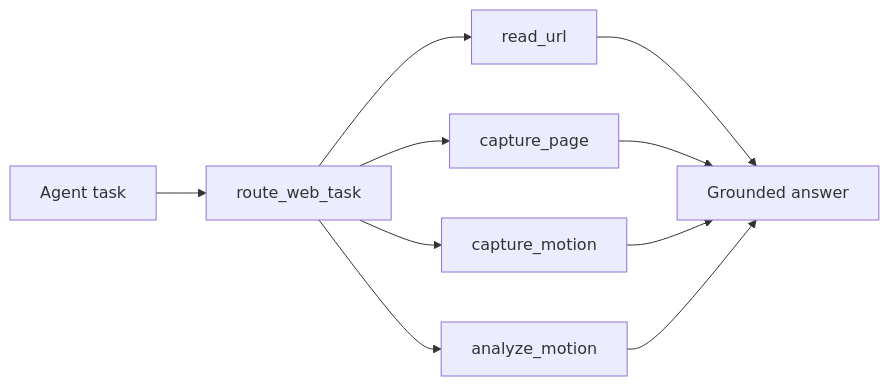
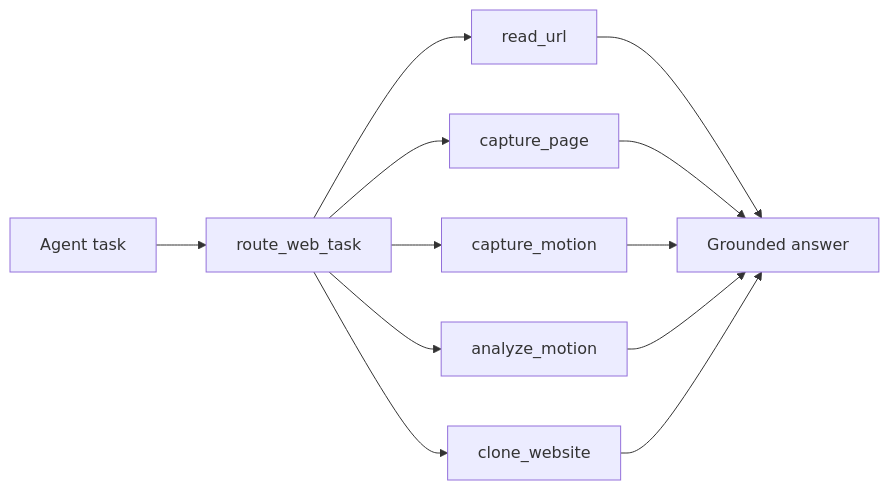
The diagram in README.md (Djsand/renderproof), drawn with Mermaid before and after one commit. The commit also changed other lines of this file and 6 other files, not shown here.

Commit message:
Add clone website evidence workflow

````diff
--- a/README.md
+++ b/README.md
@@ -30,12 +31,14 @@
 ```mermaid
 flowchart LR
   A["Agent task"] --> B["route_web_task"]
   B --> C["read_url"]
   B --> D["capture_page"]
   B --> E["capture_motion"]
   B --> F["analyze_motion"]
+  B --> H["clone_website"]
   C --> G["Grounded answer"]
   D --> G
   E --> G
   F --> G
+  H --> G
 ```
````
